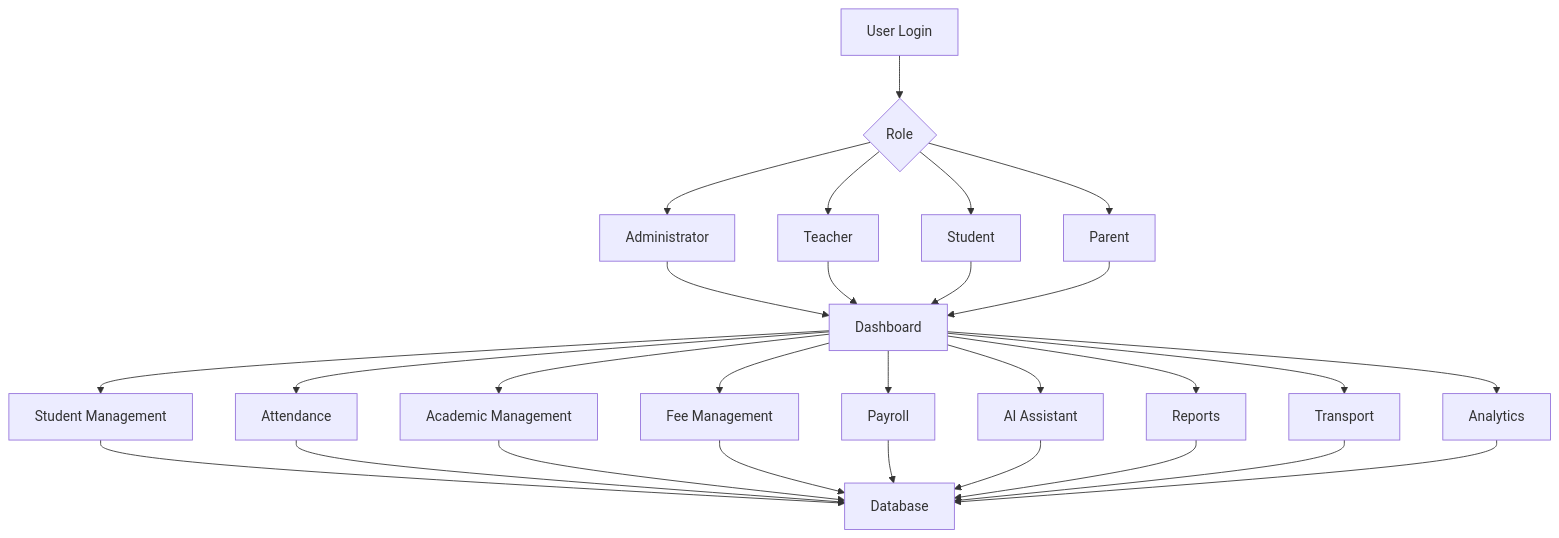
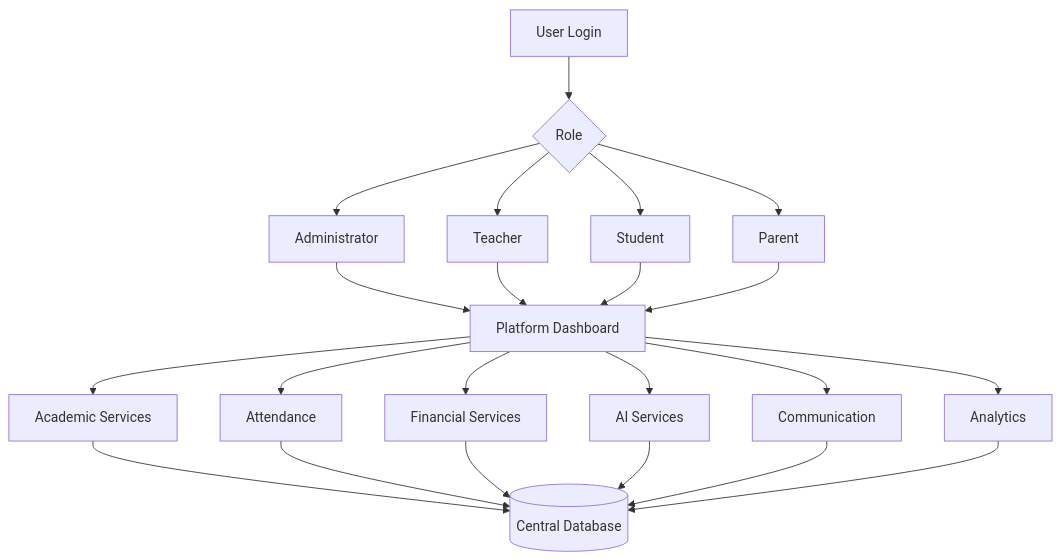
The sixth of 7 diagrams in profile/README.md (Edviora-Organization/.github), drawn with Mermaid before and after one commit. The commit also changed other lines of this file, not shown here.

````diff
--- a/profile/README.md
+++ b/profile/README.md
@@ -602,59 +492,31 @@
 ```mermaid
 flowchart TD
 
 A[User Login]
 
 A --> B{Role}
 
 B --> C[Administrator]
-
 B --> D[Teacher]
-
 B --> E[Student]
-
 B --> F[Parent]
 
-C --> G[Dashboard]
-
+C --> G[Platform Dashboard]
 D --> G
-
 E --> G
-
 F --> G
 
-G --> H[Student Management]
+G --> H[Academic Services]
+G --> I[Attendance]
+G --> J[Financial Services]
+G --> K[AI Services]
+G --> L[Communication]
+G --> M[Analytics]
 
-G --> I[Attendance]
-
-G --> J[Academic Management]
-
-G --> K[Fee Management]
-
-G --> L[Payroll]
-
-G --> M[AI Assistant]
-
-G --> N[Reports]
-
-G --> O[Transport]
-
-G --> P[Analytics]
-
-H --> Database
-
-I --> Database
-
-J --> Database
-
-K --> Database
-
-L --> Database
-
-M --> Database
-
-N --> Database
-
-O --> Database
-
-P --> Database
+H --> N[(Central Database)]
+I --> N
+J --> N
+K --> N
+L --> N
+M --> N
 ```
````
